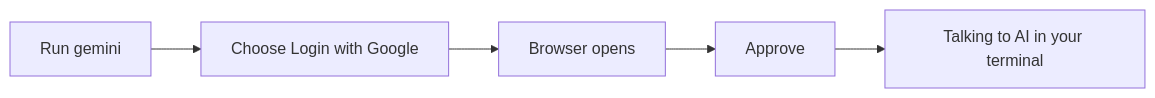
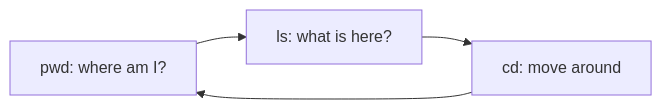
The diagram in content/ai/a03.md (KakkoiDev/izumo-io), drawn with Mermaid before and after one commit. The commit also changed other lines of this file and 68 other files, not shown here.

````diff
--- a/content/ai/a03.md
+++ b/content/ai/a03.md
@@ -37,7 +24,6 @@
 ```mermaid
 flowchart LR
-    A[Run gemini] --> B[Choose Login with Google]
-    B --> C[Browser opens]
-    C --> D[Approve]
-    D --> E[Talking to AI in your terminal]
+    A[pwd: where am I?] --> B[ls: what is here?]
+    B --> C[cd: move around]
+    C --> A
 ```
````
